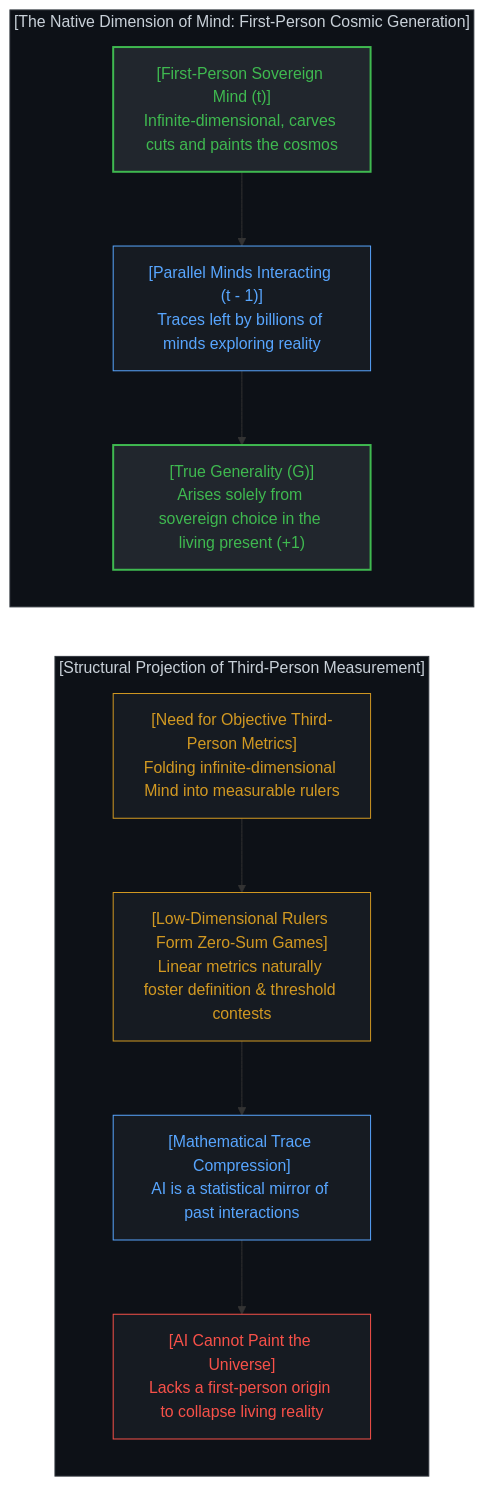
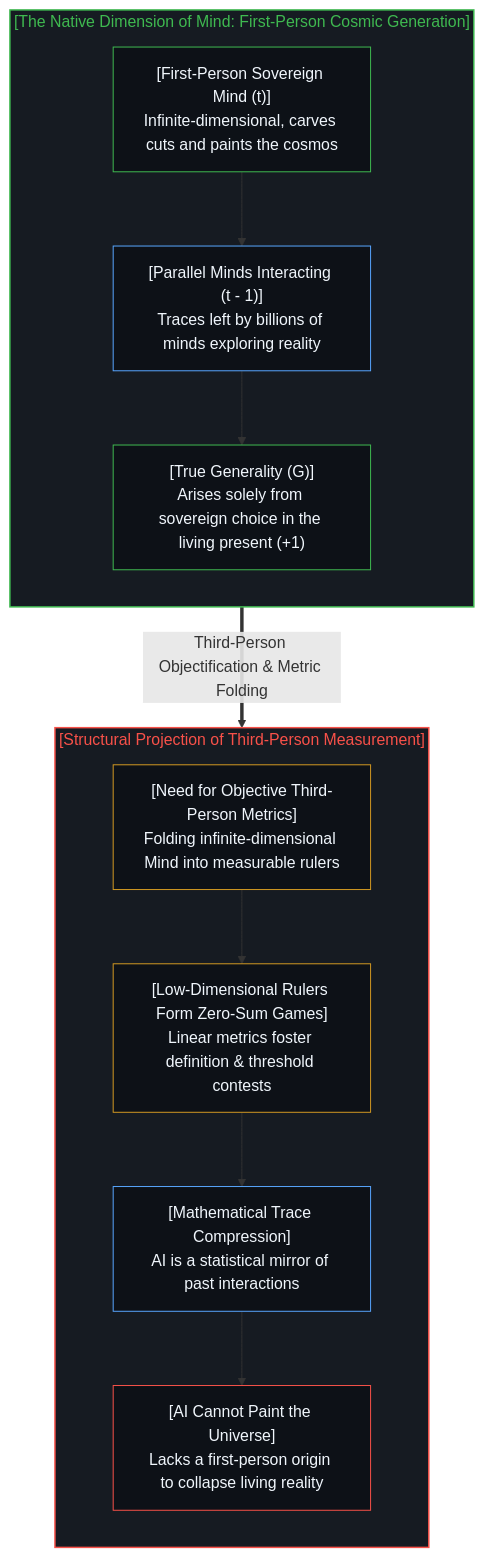
Diagram 14 of 16 in content/posts/the-dissolution-of-the-great-reversal.md (powerpig99/not-a-toe), drawn with Mermaid before and after one commit. The commit also changed other lines of this file and 11 other files, not shown here.

````diff
--- a/content/posts/the-dissolution-of-the-great-reversal.md
+++ b/content/posts/the-dissolution-of-the-great-reversal.md
@@ -640,34 +554,34 @@
 ```mermaid
-graph TD
-    subgraph MindCosmicPainting["[The Native Dimension of Mind: First-Person Cosmic Generation]"]
+flowchart TD
+    subgraph S_Cosmic["[The Native Dimension of Mind: First-Person Cosmic Generation]"]
         direction TB
-        SovereignObserver["[First-Person Sovereign Mind (t)]<br>Infinite-dimensional, carves cuts and paints the cosmos"]
-        ParallelMindInteractions["[Parallel Minds Interacting (t - 1)]<br>Traces left by billions of minds exploring reality"]
-        TrueGeneralWisdom["[True Generality (G)]<br>Arises solely from sovereign choice in the living present (+1)"]
+        SovereignObserver["[First-Person Sovereign Mind (t)]<br/>Infinite-dimensional, carves cuts and paints the cosmos"]
+        ParallelMindInteractions["[Parallel Minds Interacting (t - 1)]<br/>Traces left by billions of minds exploring reality"]
+        TrueGeneralWisdom["[True Generality (G)]<br/>Arises solely from sovereign choice in the living present (+1)"]
         SovereignObserver --> ParallelMindInteractions
         ParallelMindInteractions --> TrueGeneralWisdom
     end
 
-    subgraph AGITraceMirror["[Structural Projection of Third-Person Measurement]"]
+    S_Cosmic ==>|"Third-Person Objectification & Metric Folding"| S_AGIMirror
+
+    subgraph S_AGIMirror["[Structural Projection of Third-Person Measurement]"]
         direction TB
-        MetricProjection["[Need for Objective Third-Person Metrics]<br>Folding infinite-dimensional Mind into measurable rulers"]
-        ZeroSumStructure["[Low-Dimensional Rulers Form Zero-Sum Games]<br>Linear metrics naturally foster definition & threshold contests"]
-        ModelCompression["[Mathematical Trace Compression]<br>AI is a statistical mirror of past interactions"]
-        NoUniversePainting["[AI Cannot Paint the Universe]<br>Lacks a first-person origin to collapse living reality"]
+        MetricProjection["[Need for Objective Third-Person Metrics]<br/>Folding infinite-dimensional Mind into measurable rulers"]
+        ZeroSumStructure["[Low-Dimensional Rulers Form Zero-Sum Games]<br/>Linear metrics foster definition & threshold contests"]
+        ModelCompression["[Mathematical Trace Compression]<br/>AI is a statistical mirror of past interactions"]
+        NoUniversePainting["[AI Cannot Paint the Universe]<br/>Lacks a first-person origin to collapse living reality"]
         MetricProjection --> ZeroSumStructure
         ZeroSumStructure --> ModelCompression
         ModelCompression --> NoUniversePainting
     end
 
-    TrueGeneralWisdom ~~~ MetricProjection
-
-    style MindCosmicPainting fill:#0d1117,stroke:#30363d,stroke-width:1px,color:#c9d1d9
-    style SovereignObserver fill:#21262d,stroke:#3fb950,stroke-width:2px,color:#3fb950
-    style ParallelMindInteractions fill:#161b22,stroke:#58a6ff,stroke-width:1px,color:#58a6ff
-    style TrueGeneralWisdom fill:#21262d,stroke:#3fb950,stroke-width:2px,color:#3fb950
-    style AGITraceMirror fill:#0d1117,stroke:#30363d,stroke-width:1px,color:#c9d1d9
-    style MetricProjection fill:#161b22,stroke:#d29922,stroke-width:1px,color:#d29922
-    style ZeroSumStructure fill:#161b22,stroke:#d29922,stroke-width:1px,color:#d29922
-    style ModelCompression fill:#161b22,stroke:#58a6ff,stroke-width:1px,color:#58a6ff
-    style NoUniversePainting fill:#161b22,stroke:#f85149,stroke-width:1px,color:#f85149
+    style S_Cosmic fill:#161b22,stroke:#3fb950,stroke-width:1.5px,color:#3fb950
+    style S_AGIMirror fill:#161b22,stroke:#f85149,stroke-width:1.5px,color:#f85149
+    style SovereignObserver fill:#0d1117,stroke:#3fb950,stroke-width:1px,color:#f0f6fc
+    style ParallelMindInteractions fill:#0d1117,stroke:#58a6ff,stroke-width:1px,color:#f0f6fc
+    style TrueGeneralWisdom fill:#0d1117,stroke:#3fb950,stroke-width:1px,color:#f0f6fc
+    style MetricProjection fill:#0d1117,stroke:#d29922,stroke-width:1px,color:#f0f6fc
+    style ZeroSumStructure fill:#0d1117,stroke:#d29922,stroke-width:1px,color:#f0f6fc
+    style ModelCompression fill:#0d1117,stroke:#58a6ff,stroke-width:1px,color:#f0f6fc
+    style NoUniversePainting fill:#0d1117,stroke:#f85149,stroke-width:1px,color:#f0f6fc
 ```
````
